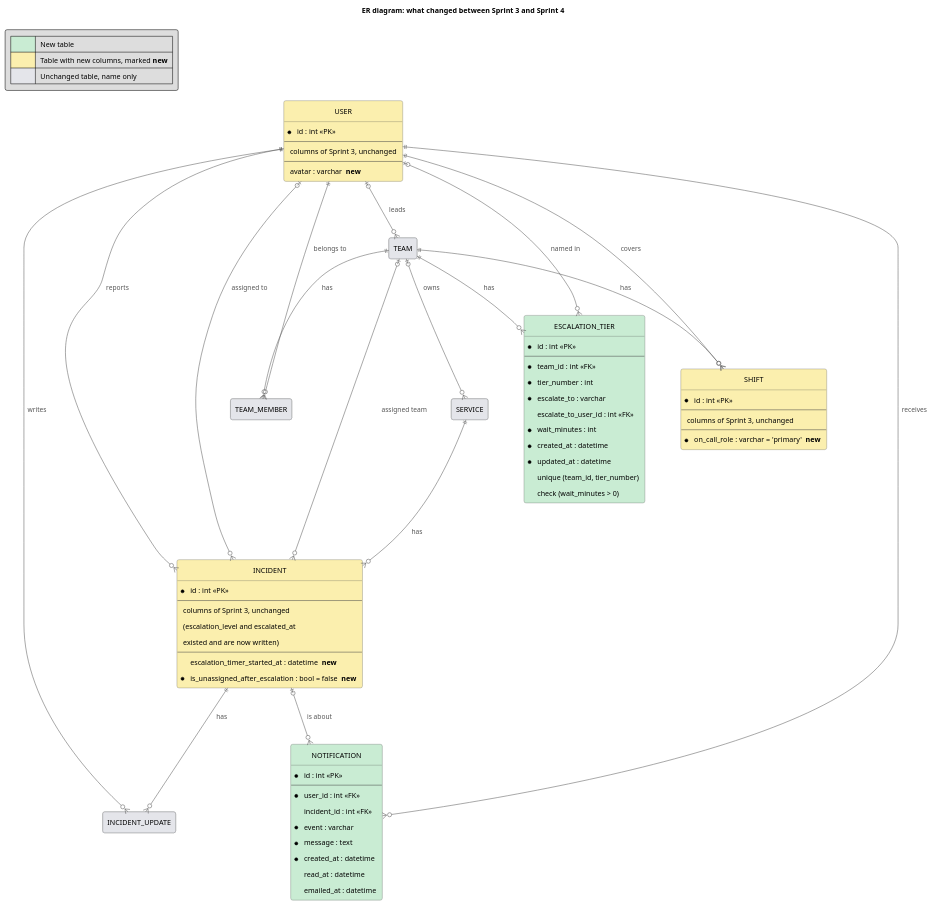
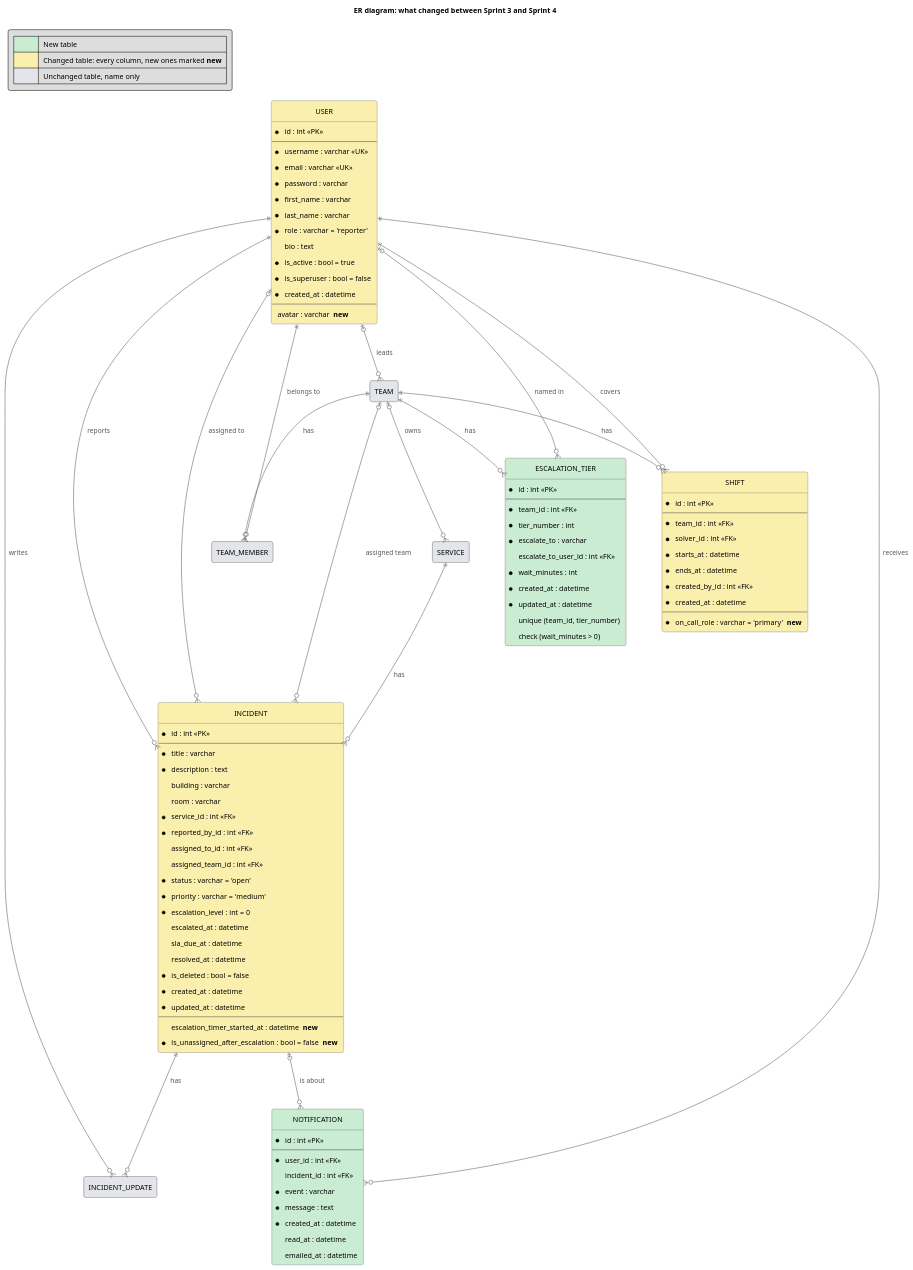
The diagram in docs/er-diagram-sprint4.puml (ZiedRbd/COSC-3339-Fall-2026-Term-Project), drawn with PlantUML before and after one commit. The commit also changed 5 other files, not shown here.

Commit message:
Docs match the code: the Sprint 4 ER diagram lists every column of the changed tables, the activity diagram shows who is told when a ticket waits, the administrator flag is in the ER diagrams, and the README shift rules say exactly what the checks do

```diff
--- a/docs/er-diagram-sprint4.puml
+++ b/docs/er-diagram-sprint4.puml
@@ -1,108 +1,136 @@
 @startuml CampusDesk ER changes in Sprint 4
 hide circle
 hide empty members
 skinparam nodesep 70
 skinparam ranksep 80
 skinparam padding 6
 skinparam roundCorner 8
 skinparam shadowing false
 skinparam ArrowColor #555555
 skinparam ArrowFontColor #555555
 skinparam class {
   BackgroundColor #FAFAFA
   BorderColor #444444
   HeaderBackgroundColor #E4E5EA
 }
 
 title ER diagram: what changed between Sprint 3 and Sprint 4
 
 legend top left
   |<#C9ECD3>          | New table |
-  |<#FBEFAE>          | Table with new columns, marked **new** |
+  |<#FBEFAE>          | Changed table: every column, new ones marked **new** |
   |<#E4E5EA>          | Unchanged table, name only |
 endlegend
 
 ' ── Unchanged since Sprint 3 ────────────────────
 
 entity "TEAM" as team
 entity "TEAM_MEMBER" as tm
 entity "SERVICE" as service
 entity "INCIDENT_UPDATE" as upd
 
 ' ── Changed in Sprint 4 ─────────────────────────
 
 entity "USER" as user #FBEFAE {
   * id : int <<PK>>
   --
-  columns of Sprint 3, unchanged
+  * username : varchar <<UK>>
+  * email : varchar <<UK>>
+  * password : varchar
+  * first_name : varchar
+  * last_name : varchar
+  * role : varchar = 'reporter'
+    bio : text
+  * is_active : bool = true
+  * is_superuser : bool = false
+  * created_at : datetime
   --
     avatar : varchar  **new**
 }
 
 entity "INCIDENT" as incident #FBEFAE {
   * id : int <<PK>>
   --
-  columns of Sprint 3, unchanged
-  (escalation_level and escalated_at
-  existed and are now written)
+  * title : varchar
+  * description : text
+    building : varchar
+    room : varchar
+  * service_id : int <<FK>>
+  * reported_by_id : int <<FK>>
+    assigned_to_id : int <<FK>>
+    assigned_team_id : int <<FK>>
+  * status : varchar = 'open'
+  * priority : varchar = 'medium'
+  * escalation_level : int = 0
+    escalated_at : datetime
+    sla_due_at : datetime
+    resolved_at : datetime
+  * is_deleted : bool = false
+  * created_at : datetime
+  * updated_at : datetime
   --
     escalation_timer_started_at : datetime  **new**
   * is_unassigned_after_escalation : bool = false  **new**
 }
 
 entity "SHIFT" as shift #FBEFAE {
   * id : int <<PK>>
   --
-  columns of Sprint 3, unchanged
+  * team_id : int <<FK>>
+  * solver_id : int <<FK>>
+  * starts_at : datetime
+  * ends_at : datetime
+  * created_by_id : int <<FK>>
+  * created_at : datetime
   --
   * on_call_role : varchar = 'primary'  **new**
 }
 
 ' ── New in Sprint 4 ─────────────────────────────
 
 entity "ESCALATION_TIER" as tier #C9ECD3 {
   * id : int <<PK>>
   --
   * team_id : int <<FK>>
   * tier_number : int
   * escalate_to : varchar
     escalate_to_user_id : int <<FK>>
   * wait_minutes : int
   * created_at : datetime
   * updated_at : datetime
   unique (team_id, tier_number)
   check (wait_minutes > 0)
 }
 
 entity "NOTIFICATION" as note #C9ECD3 {
   * id : int <<PK>>
   --
   * user_id : int <<FK>>
     incident_id : int <<FK>>
   * event : varchar
   * message : text
   * created_at : datetime
     read_at : datetime
     emailed_at : datetime
 }
 
 ' ── Relationships ───────────────────────────────
 
 user     ||--o{ tm       : belongs to
 team     ||--o{ tm       : has
 user     |o--o{ team     : leads
 team     |o--o{ service  : owns
 service  ||--o{ incident : has
 user     ||--o{ incident : reports
 user     |o--o{ incident : assigned to
 team     |o--o{ incident : assigned team
 incident ||--o{ upd      : has
 user     ||--o{ upd      : writes
 team     ||--o{ shift    : has
 user     ||--o{ shift    : covers
 team     ||--o{ tier     : has
 user     |o--o{ tier     : named in
 user     ||--o{ note     : receives
 incident |o--o{ note     : is about
 
 @enduml
```
